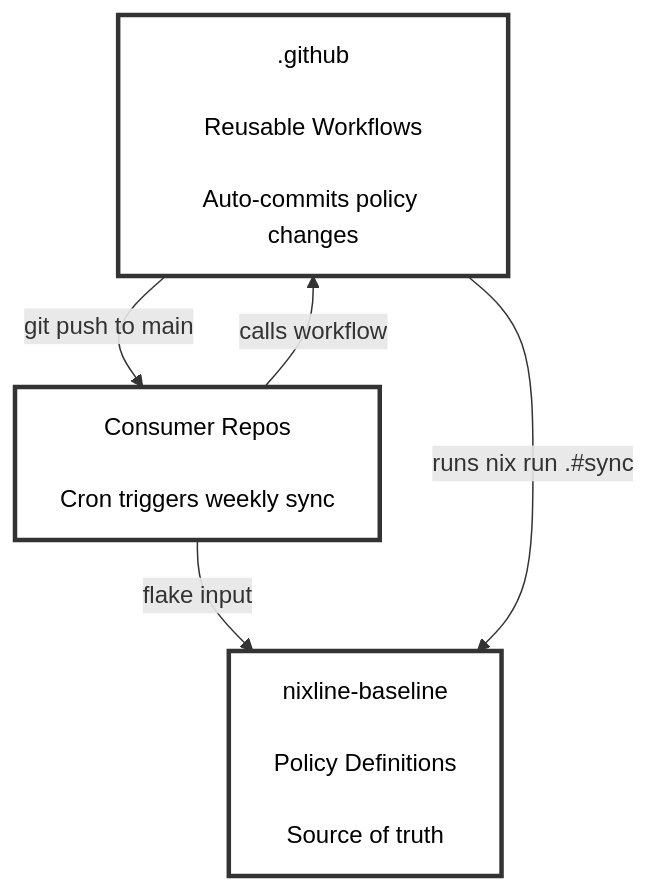
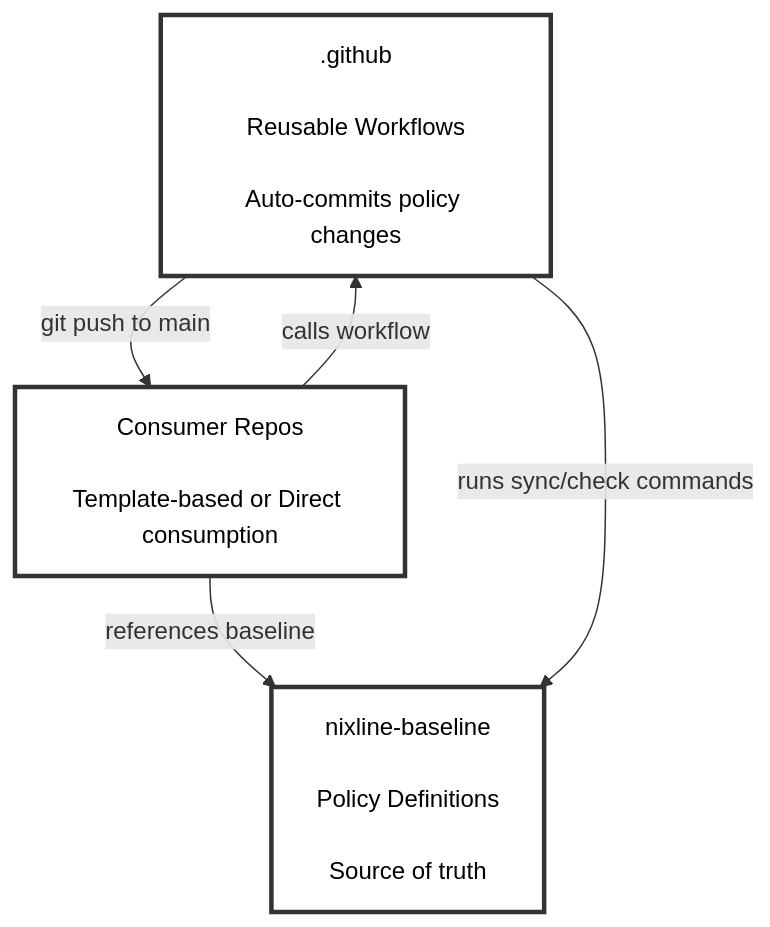
Before and after one commit to NixLine-org/.github: the diagram in README.md, drawn with Mermaid. The commit also changed other lines of this file, not shown here.

Commit message:
update README to document both consumption patterns

````diff
--- a/README.md
+++ b/README.md
@@ -26,15 +26,15 @@
 ```mermaid
 graph TB
     A[".github<br/><br/>Reusable Workflows<br/><br/>Auto-commits policy changes"]
-    B["Consumer Repos<br/><br/>Cron triggers weekly sync"]
+    B["Consumer Repos<br/><br/>Template-based or Direct consumption"]
     C["nixline-baseline<br/><br/>Policy Definitions<br/><br/>Source of truth"]
 
     B -->|"calls workflow"| A
-    B -->|"flake input"| C
-    A -->|"runs nix run .#sync"| C
+    B -->|"references baseline"| C
+    A -->|"runs sync/check commands"| C
     A -->|"git push to main"| B
 
     style A fill:#FFFFFF,stroke:#333,stroke-width:3px,color:#000000,padding:20px
     style B fill:#FFFFFF,stroke:#333,stroke-width:3px,color:#000000,padding:20px
     style C fill:#FFFFFF,stroke:#333,stroke-width:3px,color:#000000,padding:20px
 ```
````
